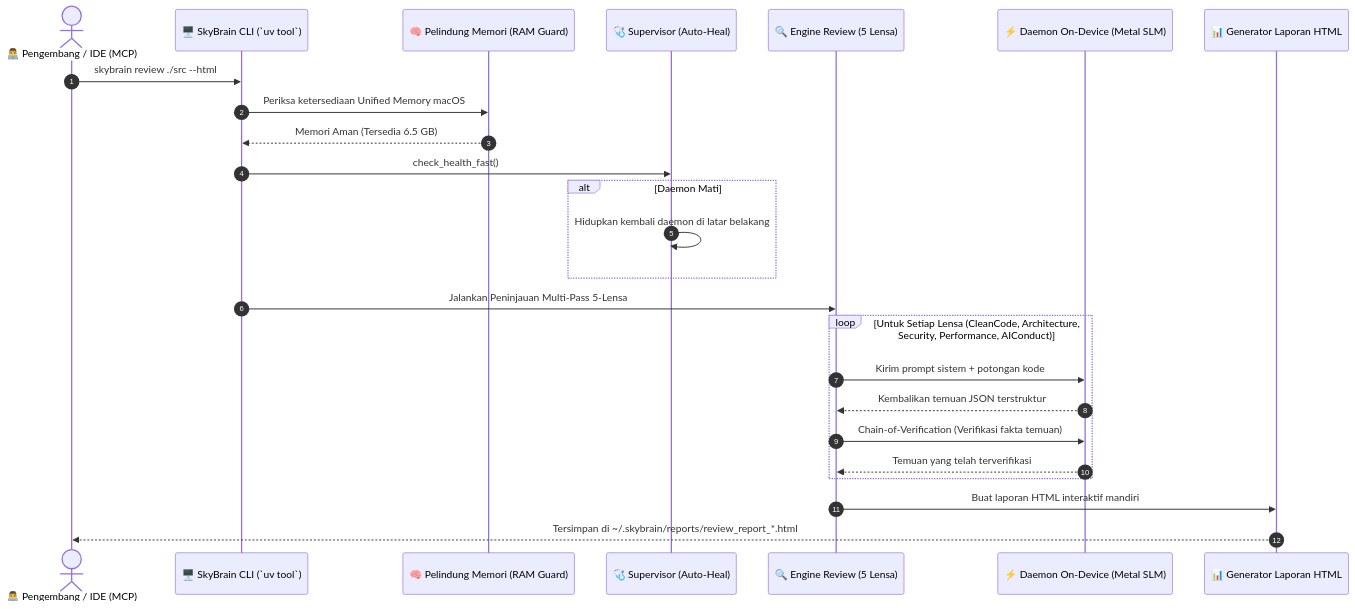
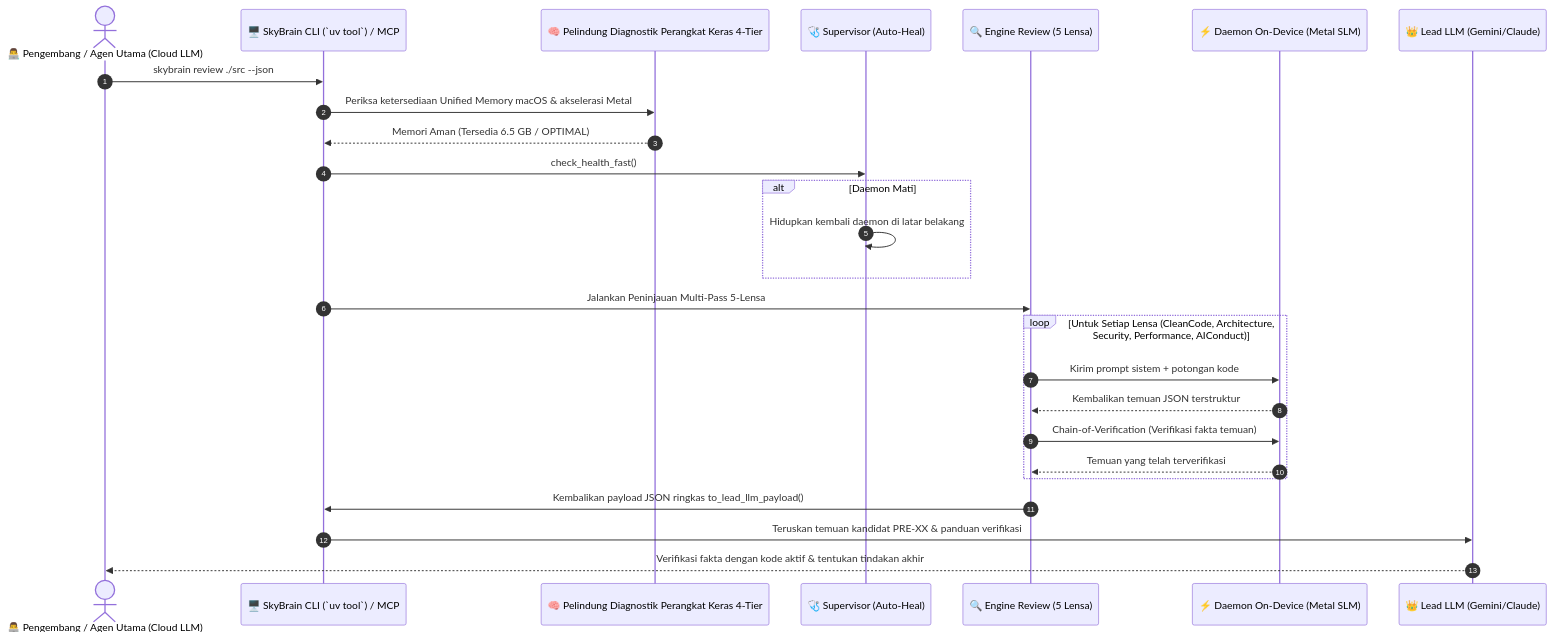
One commit to cobuild-ai/skybrain changed the diagram in README.id.md. Above: the diagram before and after it, drawn with Mermaid. The commit also changed other lines of this file and 43 other files, not shown here.

Commit message:
feat(skybrain): release v0.3.0 with document intelligence, standard mcp server, and hardware guard (sanitized from 9f00711)

````diff
--- a/README.id.md
+++ b/README.id.md
@@ -90,28 +92,29 @@
 ```mermaid
 sequenceDiagram
     autonumber
-    actor Dev as 👨‍💻 Pengembang / IDE (MCP)
-    participant CLI as 🖥️ SkyBrain CLI (`uv tool`)
-    participant Guard as 🧠 Pelindung Memori (RAM Guard)
+    actor Dev as 👨‍💻 Pengembang / Agen Utama (Cloud LLM)
+    participant CLI as 🖥️ SkyBrain CLI (`uv tool`) / MCP
+    participant Guard as 🧠 Pelindung Diagnostik Perangkat Keras 4-Tier
     participant Super as 🩺 Supervisor (Auto-Heal)
     participant Engine as 🔍 Engine Review (5 Lensa)
     participant Daemon as ⚡ Daemon On-Device (Metal SLM)
-    participant HTML as 📊 Generator Laporan HTML
+    participant Lead as 👑 Lead LLM (Gemini/Claude)
 
-    Dev->>CLI: skybrain review ./src --html
-    CLI->>Guard: Periksa ketersediaan Unified Memory macOS
-    Guard-->>CLI: Memori Aman (Tersedia 6.5 GB)
+    Dev->>CLI: skybrain review ./src --json
+    CLI->>Guard: Periksa ketersediaan Unified Memory macOS & akselerasi Metal
+    Guard-->>CLI: Memori Aman (Tersedia 6.5 GB / OPTIMAL)
     CLI->>Super: check_health_fast()
     alt Daemon Mati
         Super->>Super: Hidupkan kembali daemon di latar belakang
     end
     CLI->>Engine: Jalankan Peninjauan Multi-Pass 5-Lensa
     loop Untuk Setiap Lensa (CleanCode, Architecture, Security, Performance, AIConduct)
         Engine->>Daemon: Kirim prompt sistem + potongan kode
         Daemon-->>Engine: Kembalikan temuan JSON terstruktur
         Engine->>Daemon: Chain-of-Verification (Verifikasi fakta temuan)
         Daemon-->>Engine: Temuan yang telah terverifikasi
     end
-    Engine->>HTML: Buat laporan HTML interaktif mandiri
-    HTML-->>Dev: Tersimpan di ~/.skybrain/reports/review_report_*.html
+    Engine->>CLI: Kembalikan payload JSON ringkas to_lead_llm_payload()
+    CLI->>Lead: Teruskan temuan kandidat PRE-XX & panduan verifikasi
+    Lead-->>Dev: Verifikasi fakta dengan kode aktif & tentukan tindakan akhir
 ```
````
